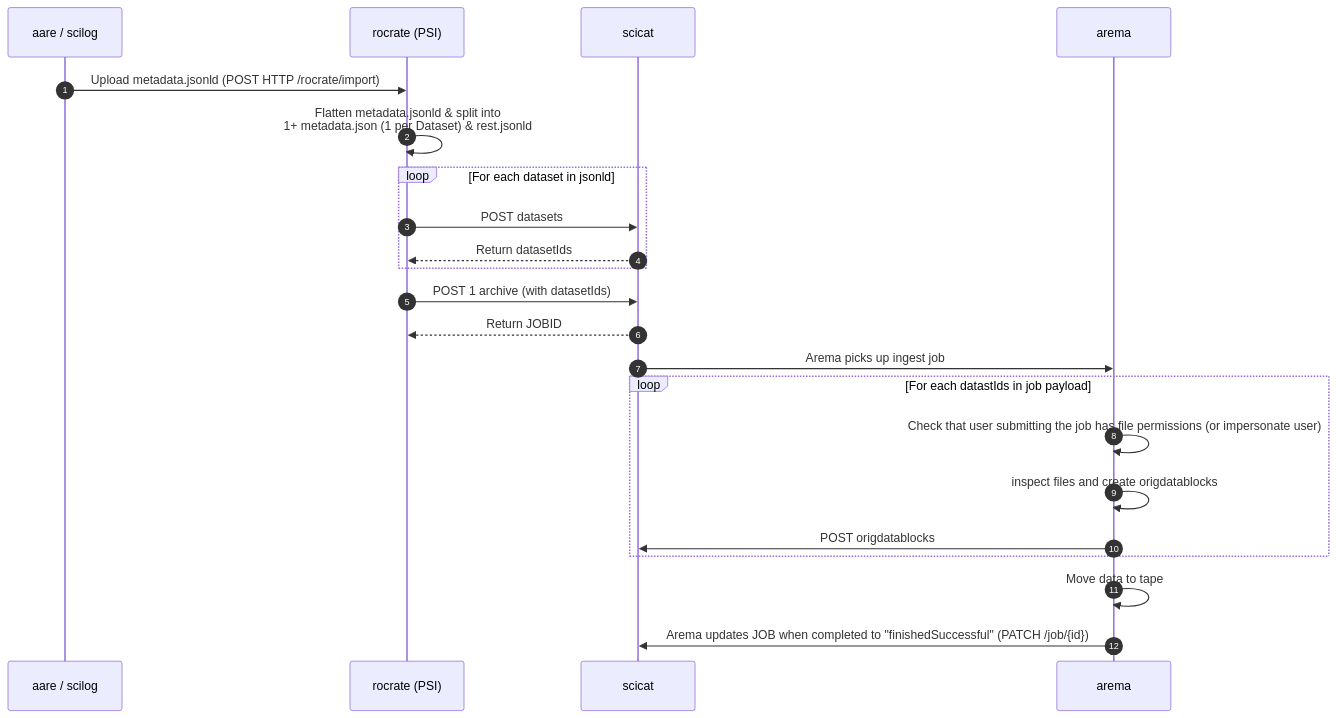
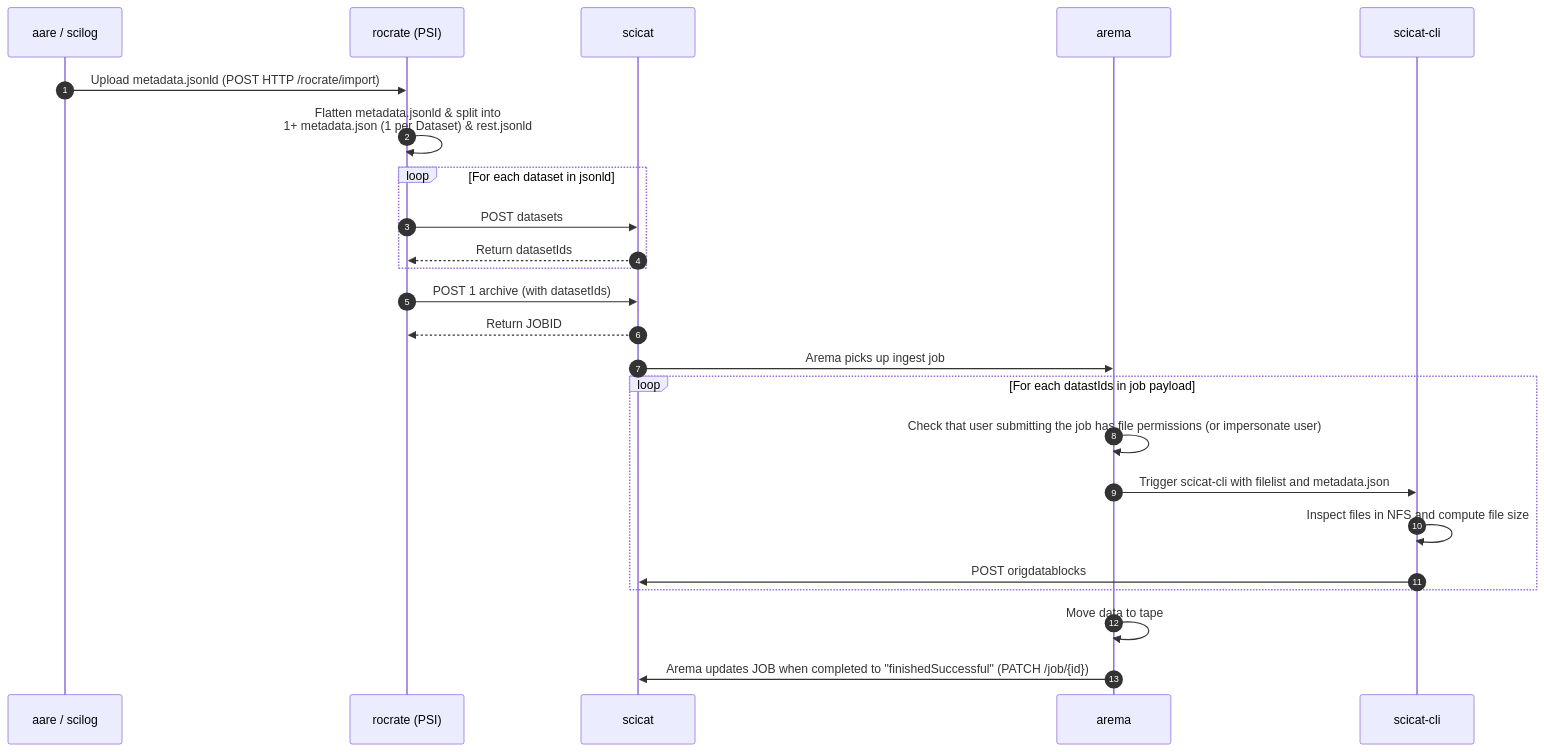
Before and after one commit to paulscherrerinstitute/scicat-rocrate: the diagram in docs/architectures/scilog_aare-scicat.md, drawn with Mermaid.

Commit message:
Remove redundant comments

````diff
--- a/docs/architectures/scilog_aare-scicat.md
+++ b/docs/architectures/scilog_aare-scicat.md
@@ -3,35 +3,31 @@
 ```mermaid
 sequenceDiagram
     autonumber
     participant scilog as aare / scilog
     participant rocrate as rocrate (PSI)
     participant scicat
     participant arema
 
     scilog->>rocrate: Upload metadata.jsonld (POST HTTP /rocrate/import)
     rocrate->>rocrate: Flatten metadata.jsonld & split into<br/>1+ metadata.json (1 per Dataset) & rest.jsonld
 
     loop For each dataset in jsonld
         rocrate->>scicat: POST datasets
         scicat-->>rocrate: Return datasetIds
     end
     rocrate->>scicat: POST 1 archive (with datasetIds)
     scicat-->>rocrate: Return JOBID
 
     scicat->>arema: Arema picks up ingest job
 
 
     loop For each datastIds in job payload
         arema->>arema: Check that user submitting the job has file permissions (or impersonate user)
-        arema->>arema: inspect files and create origdatablocks
-        arema->>scicat: POST origdatablocks
-    %%     arema->>scicat-cli: Trigger ingest with filelist and metadata.json
-    %%     scicat-cli->>scicat-cli: Inspect files in NFS and compute file size
-    %%     scicat-cli->>scicat: POST dataset and origdatablocks
-    %%     scicat-->>scicat-cli: Return datasetID
-    %%     scicat-cli-->>arema: Return datasetID
+        arema->>scicat-cli: Trigger scicat-cli with filelist and metadata.json
+        scicat-cli->>scicat-cli: Inspect files in NFS and compute file size
+        scicat-cli->>scicat: POST origdatablocks
     end
 
     arema->>arema: Move data to tape
     arema->>scicat: Arema updates JOB when completed to "finishedSuccessful" (PATCH /job/{id})
 ```
````
